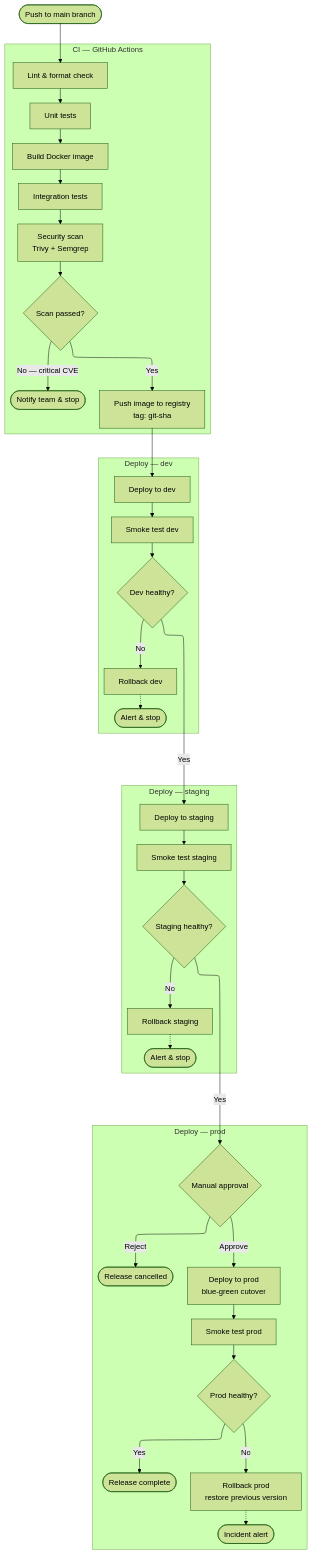
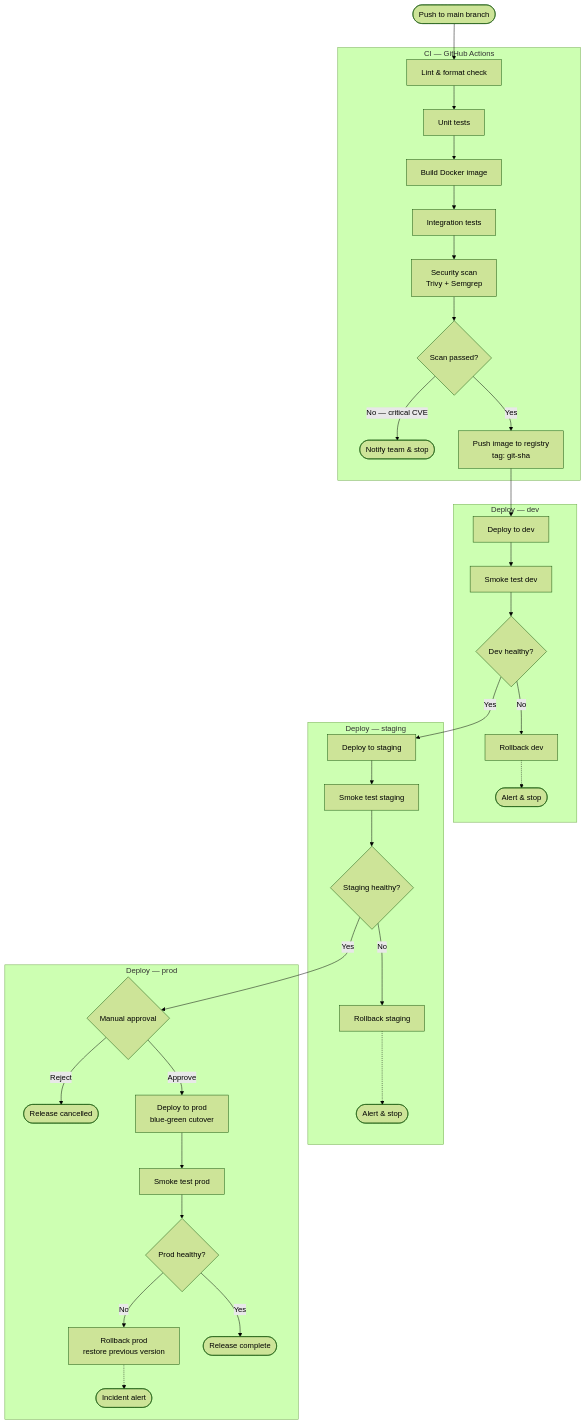
Diagram 13 of 13 in architecture-designer/skills/design/references/diagrams-guide.md (sembraniteam/claude-plugins), drawn with Mermaid (forest theme) before and after one commit. The commit also changed other lines of this file and 38 other files, not shown here.

````diff
--- a/architecture-designer/skills/design/references/diagrams-guide.md
+++ b/architecture-designer/skills/design/references/diagrams-guide.md
@@ -1087,49 +1155,48 @@
 ```mermaid
-%%{init: {'layout': 'elk'}}%%
 flowchart TD
   Trigger([Push to main branch]) --> Lint
 
   subgraph CI["CI — GitHub Actions"]
     Lint[Lint & format check]
     Lint --> UnitTest[Unit tests]
     UnitTest --> Build[Build Docker image]
     Build --> IntTest[Integration tests]
     IntTest --> SecScan[Security scan<br/>Trivy + Semgrep]
     SecScan --> ScanOK{Scan passed?}
     ScanOK -->|No — critical CVE| Fail1([Notify team & stop])
     ScanOK -->|Yes| Push[Push image to registry<br/>tag: git-sha]
   end
 
   Push --> DeployDev
 
   subgraph CD_Dev["Deploy — dev"]
     DeployDev[Deploy to dev]
     DeployDev --> SmokeDev[Smoke test dev]
     SmokeDev --> DevOK{Dev healthy?}
     DevOK -->|No| Rollback1[Rollback dev]
     Rollback1 -.-> Fail2([Alert & stop])
   end
 
   DevOK -->|Yes| DeployStaging
 
   subgraph CD_Staging["Deploy — staging"]
     DeployStaging[Deploy to staging]
     DeployStaging --> SmokeStaging[Smoke test staging]
     SmokeStaging --> StagingOK{Staging healthy?}
     StagingOK -->|No| Rollback2[Rollback staging]
     Rollback2 -.-> Fail3([Alert & stop])
   end
 
   StagingOK -->|Yes| ApprovalGate
 
   subgraph CD_Prod["Deploy — prod"]
     ApprovalGate{Manual approval}
     ApprovalGate -->|Reject| Fail4([Release cancelled])
     ApprovalGate -->|Approve| DeployProd[Deploy to prod<br/>blue-green cutover]
     DeployProd --> SmokeProd[Smoke test prod]
     SmokeProd --> ProdOK{Prod healthy?}
     ProdOK -->|No| Rollback3[Rollback prod<br/>restore previous version]
     Rollback3 -.-> Fail5([Incident alert])
     ProdOK -->|Yes| Done([Release complete])
   end
 ```
````
